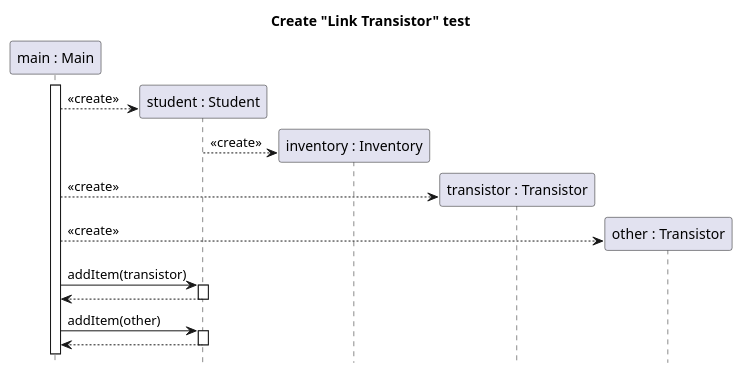
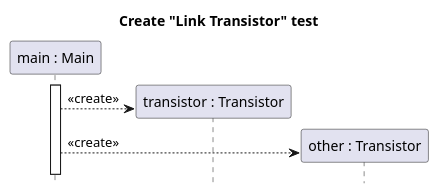
The diagram in docs/diagrams/test-create-sequence/link-transistor-create.puml (sn4k3ch4rm3r/logarlec), drawn with PlantUML before and after one commit. The commit also changed 15 other files, not shown here.

Commit message:
Sequence diagram consistency

```diff
--- a/docs/diagrams/test-create-sequence/link-transistor-create.puml
+++ b/docs/diagrams/test-create-sequence/link-transistor-create.puml
@@ -1,31 +1,19 @@
 @startuml link-transistor-create
 
 title Create "Link Transistor" test
 hide footbox
 skinparam SequenceReferenceBackgroundColor white
 
 participant "main : Main" as main
-participant "student : Student" as student
-participant "inventory : Inventory" as inventory
 participant "transistor : Transistor" as transistor
 participant "other : Transistor" as other
 
 main++
-create student
-main --> student : <<create>>
-
-create inventory
-student --> inventory : <<create>>
 
 create transistor
 main --> transistor : <<create>>
 
 create other
 main --> other : <<create>>
 
-main -> student ++: addItem(transistor)
-return
-main -> student ++: addItem(other)
-return
-
 @enduml
```
